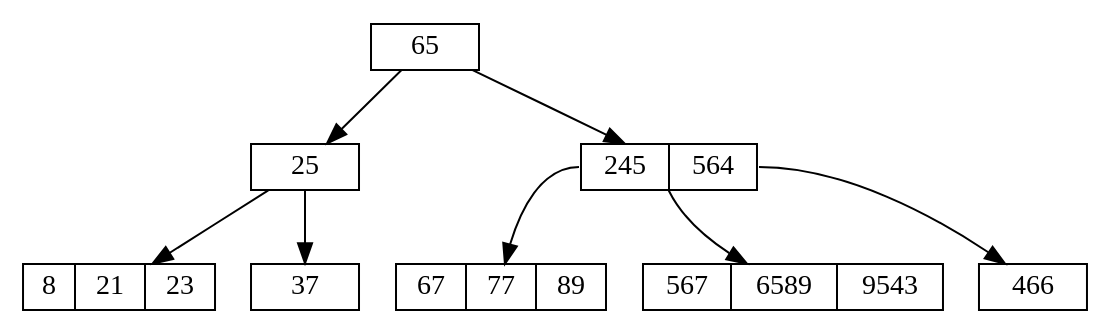
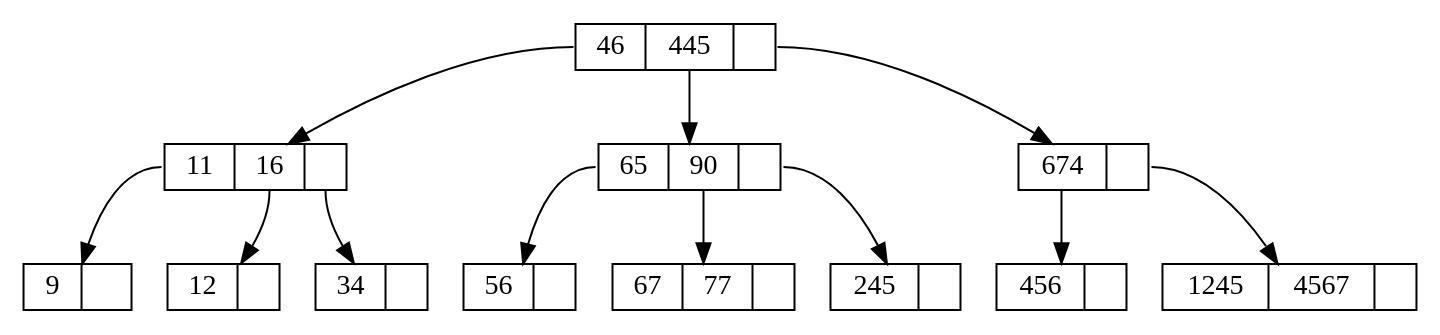
The diagram in data/btree_after_insertation.dot (zpnst/btree), drawn with Graphviz before and after one commit. The commit also changed 13 other files, not shown here.

```diff
--- a/data/btree_after_insertation.dot
+++ b/data/btree_after_insertation.dot
@@ -1,18 +1,26 @@
 digraph BTree {
     node [shape=record, height=.1];
-    node0x55a351c6a3e0 [label="<f0>65"];
-    "node0x55a351c6a3e0":f0 -> "node0x55a351c6a340";
-    node0x55a351c6a340 [label="<f0>25"];
-    "node0x55a351c6a340":f0 -> "node0x55a351c6a2a0";
-    node0x55a351c6a2a0 [label="<f0>8|<f1>21|<f2>23"];
-    "node0x55a351c6a340":f1 -> "node0x55a351c6a480";
-    node0x55a351c6a480 [label="<f0>37"];
-    "node0x55a351c6a3e0":f1 -> "node0x55a351c6a7a0";
-    node0x55a351c6a7a0 [label="<f0>245|<f1>564"];
-    "node0x55a351c6a7a0":f0 -> "node0x55a351c6a660";
-    node0x55a351c6a660 [label="<f0>67|<f1>77|<f2>89"];
-    "node0x55a351c6a7a0":f1 -> "node0x55a351c6a5c0";
-    node0x55a351c6a5c0 [label="<f0>466"];
-    "node0x55a351c6a7a0":f2 -> "node0x55a351c6a700";
-    node0x55a351c6a700 [label="<f0>567|<f1>6589|<f2>9543"];
+    node0x55d3179333c0 [label="<f0>46|<f1>445|<f2>"];
+    "node0x55d3179333c0":f0 -> "node0x55d317933330";
+    node0x55d317933330 [label="<f0>11|<f1>16|<f2>"];
+    "node0x55d317933330":f0 -> "node0x55d3179332a0";
+    node0x55d3179332a0 [label="<f0>9|<f1>"];
+    "node0x55d317933330":f1 -> "node0x55d317933570";
+    node0x55d317933570 [label="<f0>12|<f1>"];
+    "node0x55d317933330":f2 -> "node0x55d3179337b0";
+    node0x55d3179337b0 [label="<f0>34|<f1>"];
+    "node0x55d3179333c0":f1 -> "node0x55d317933690";
+    node0x55d317933690 [label="<f0>65|<f1>90|<f2>"];
+    "node0x55d317933690":f0 -> "node0x55d317933450";
+    node0x55d317933450 [label="<f0>56|<f1>"];
+    "node0x55d317933690":f1 -> "node0x55d317933600";
+    node0x55d317933600 [label="<f0>67|<f1>77|<f2>"];
+    "node0x55d317933690":f2 -> "node0x55d3179339f0";
+    node0x55d3179339f0 [label="<f0>245|<f1>"];
+    "node0x55d3179333c0":f2 -> "node0x55d317933960";
+    node0x55d317933960 [label="<f0>674|<f1>"];
+    "node0x55d317933960":f0 -> "node0x55d317933840";
+    node0x55d317933840 [label="<f0>456|<f1>"];
+    "node0x55d317933960":f1 -> "node0x55d3179338d0";
+    node0x55d3179338d0 [label="<f0>1245|<f1>4567|<f2>"];
 }
```
